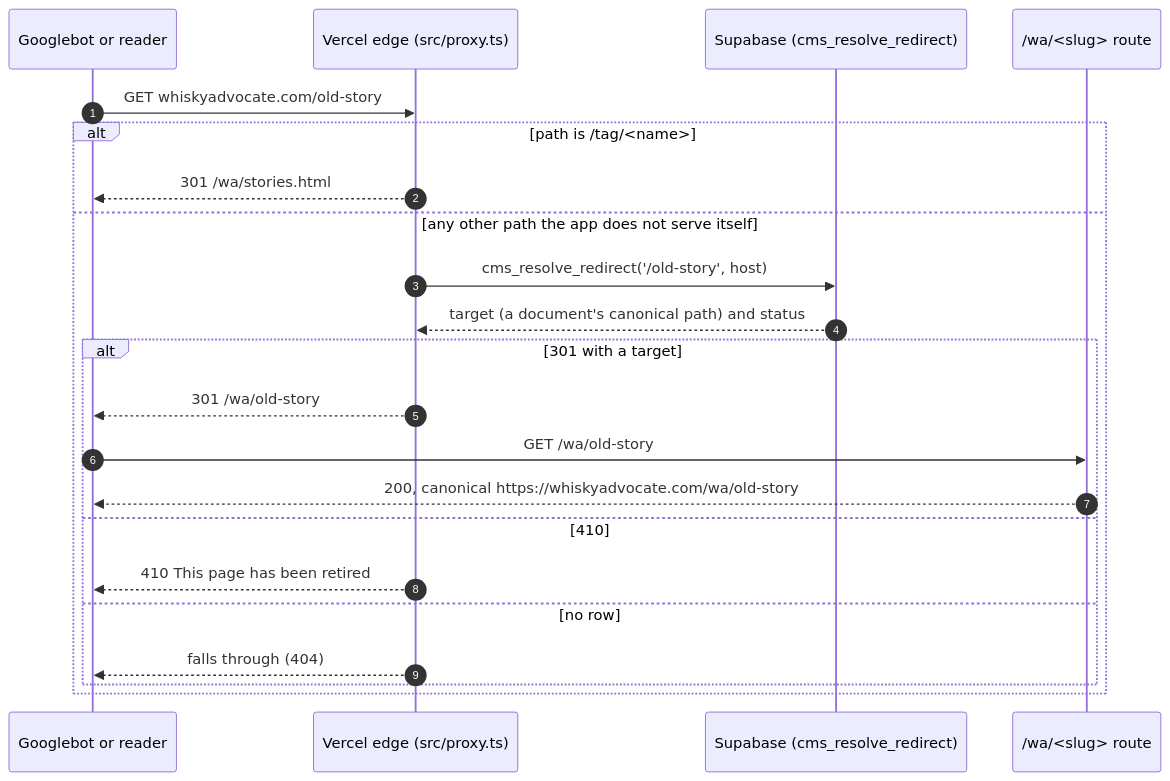
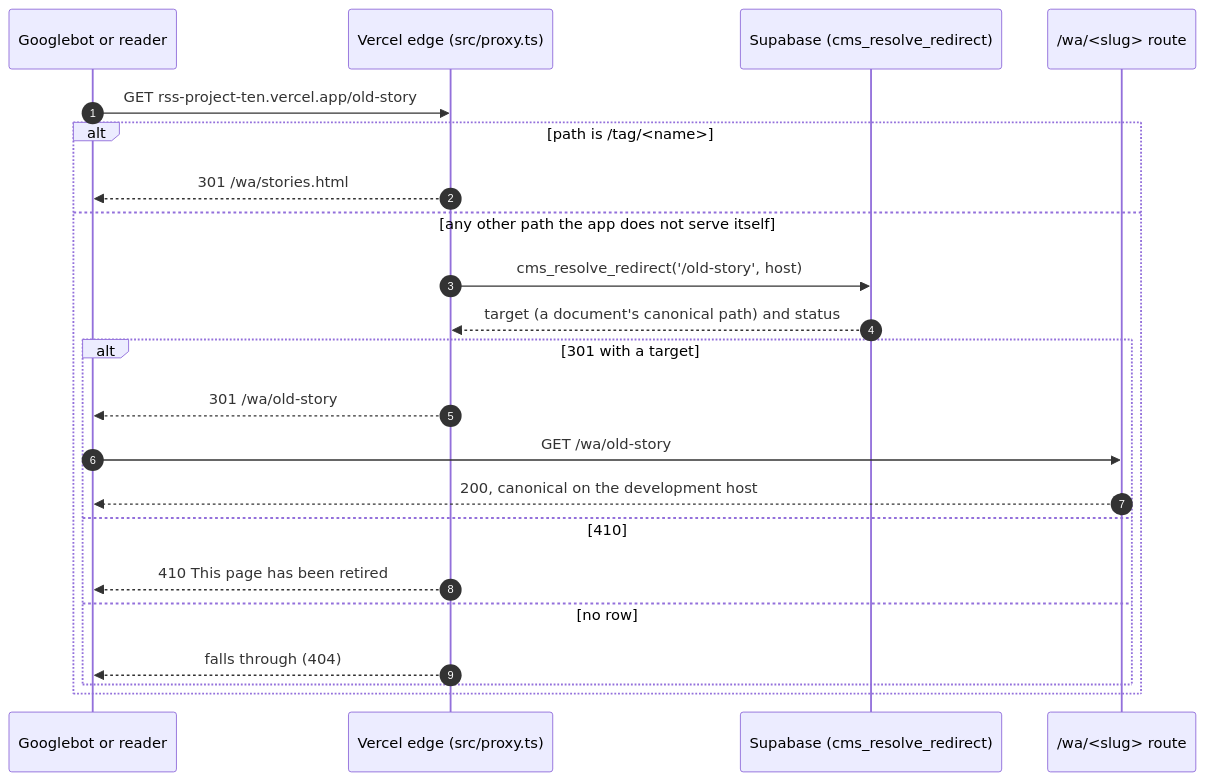
One commit to mcapace/rss-project changed the second of 2 diagrams in docs/architecture/seo-and-cutover.md. Above: the diagram before and after it, drawn with Mermaid. The commit also changed other lines of this file and 5 other files, not shown here.

````diff
--- a/docs/architecture/seo-and-cutover.md
+++ b/docs/architecture/seo-and-cutover.md
@@ -13,24 +56,24 @@
 ```mermaid
 sequenceDiagram
   autonumber
   participant G as Googlebot or reader
   participant E as Vercel edge (src/proxy.ts)
   participant DB as Supabase (cms_resolve_redirect)
   participant P as /wa/<slug> route
-  G->>E: GET whiskyadvocate.com/old-story
+  G->>E: GET rss-project-ten.vercel.app/old-story
   alt path is /tag/<name>
     E-->>G: 301 /wa/stories.html#tag=<name>
   else any other path the app does not serve itself
     E->>DB: cms_resolve_redirect('/old-story', host)
     DB-->>E: target (a document's canonical path) and status
     alt 301 with a target
       E-->>G: 301 /wa/old-story
       G->>P: GET /wa/old-story
-      P-->>G: 200, canonical https://whiskyadvocate.com/wa/old-story
+      P-->>G: 200, canonical on the development host
     else 410
       E-->>G: 410 This page has been retired
     else no row
       E-->>G: falls through (404)
     end
   end
 ```
````
